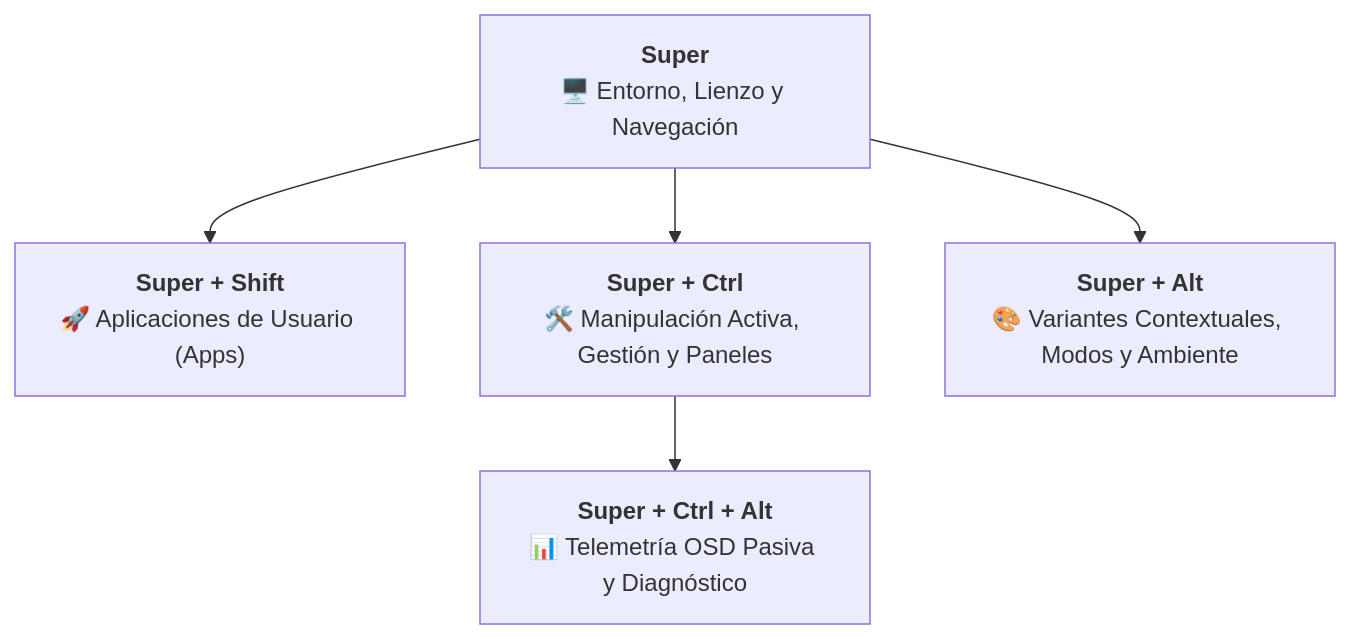
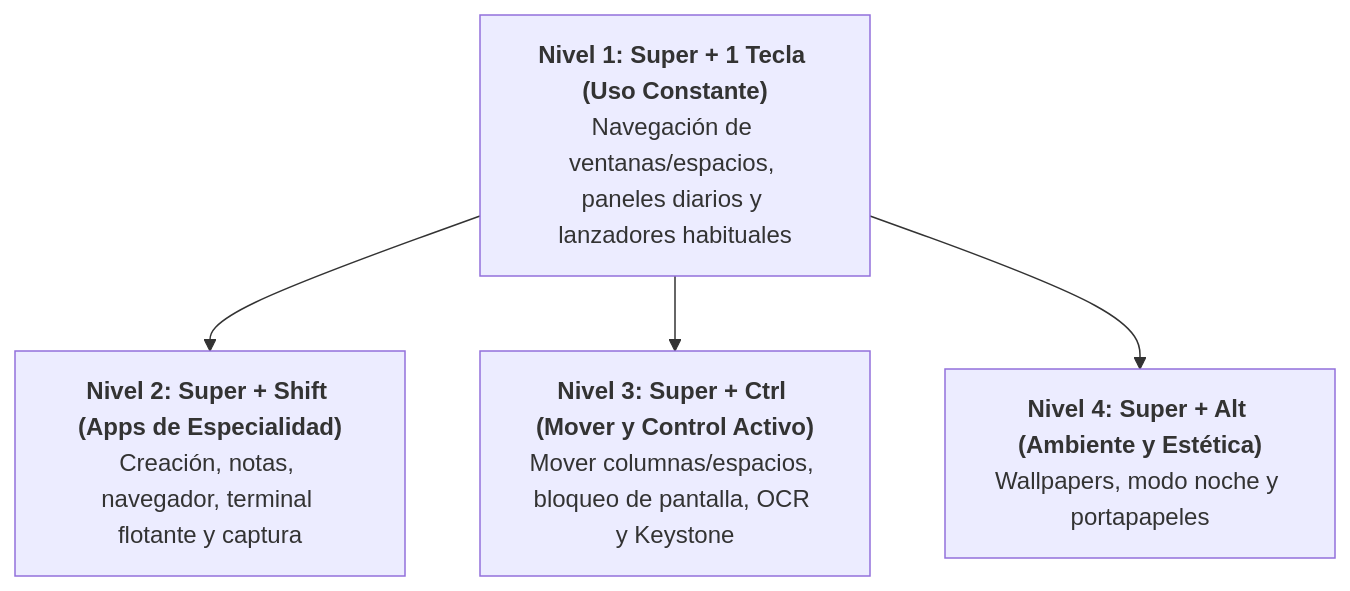
The diagram in 07 - Referencias del Sistema/🪟 Propuesta de Reorganización Lógica (Estilo Omarchy).md (robert-flo/PJ-NIRI-rf-omarchy-workstation), drawn with Mermaid before and after one commit. The commit also changed other lines of this file, not shown here.

````diff
--- a/07 - Referencias del Sistema/🪟 Propuesta de Reorganización Lógica (Estilo Omarchy).md
+++ b/07 - Referencias del Sistema/🪟 Propuesta de Reorganización Lógica (Estilo Omarchy).md
@@ -51,13 +28,11 @@
 ```mermaid
 flowchart TD
-    M1["<b>Super</b><br>🖥️ Entorno, Lienzo y Navegación"]
-    M2["<b>Super + Shift</b><br>🚀 Aplicaciones de Usuario (Apps)"]
-    M3["<b>Super + Ctrl</b><br>🛠️ Manipulación Activa, Gestión y Paneles"]
-    M4["<b>Super + Alt</b><br>🎨 Variantes Contextuales, Modos y Ambiente"]
-    M5["<b>Super + Ctrl + Alt</b><br>📊 Telemetría OSD Pasiva y Diagnóstico"]
+    N1["<b>Nivel 1: Super + 1 Tecla (Uso Constante)</b><br>Navegación de ventanas/espacios, paneles diarios y lanzadores habituales"]
+    N2["<b>Nivel 2: Super + Shift (Apps de Especialidad)</b><br>Creación, notas, navegador, terminal flotante y captura"]
+    N3["<b>Nivel 3: Super + Ctrl (Mover y Control Activo)</b><br>Mover columnas/espacios, bloqueo de pantalla, OCR y Keystone"]
+    N4["<b>Nivel 4: Super + Alt (Ambiente y Estética)</b><br>Wallpapers, modo noche y portapapeles"]
 
-    M1 --> M2
-    M1 --> M3
-    M1 --> M4
-    M3 --> M5
+    N1 --> N2
+    N1 --> N3
+    N1 --> N4
 ```
````
